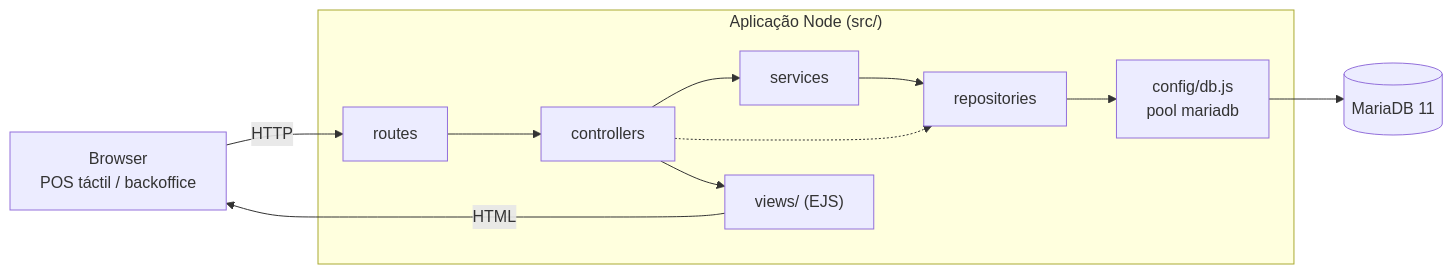
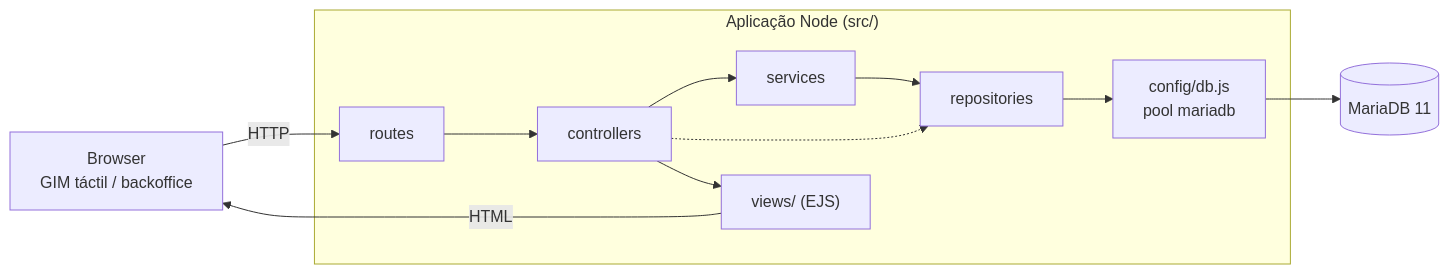
Before and after one commit to orpheus78/site_stocks: the first of 2 diagrams in docs/ARQUITETURA.md, drawn with Mermaid. The commit also changed other lines of this file and 71 other files, not shown here.

````diff
--- a/docs/ARQUITETURA.md
+++ b/docs/ARQUITETURA.md
@@ -25,15 +25,15 @@
 ```mermaid
 flowchart LR
-    Browser["Browser<br/>POS táctil / backoffice"]
+    Browser["Browser<br/>GIM táctil / backoffice"]
     subgraph App["Aplicação Node (src/)"]
         R[routes] --> C[controllers]
         C --> S[services]
         S --> Repo[repositories]
         C -.-> Repo
         Repo --> DB[config/db.js<br/>pool mariadb]
         C --> V["views/ (EJS)"]
     end
     Browser -->|HTTP| R
     V -->|HTML| Browser
     DB --> MariaDB[(MariaDB 11)]
 ```
````
